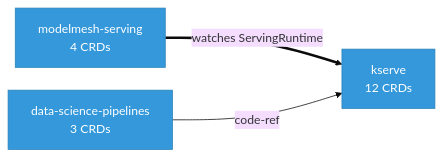
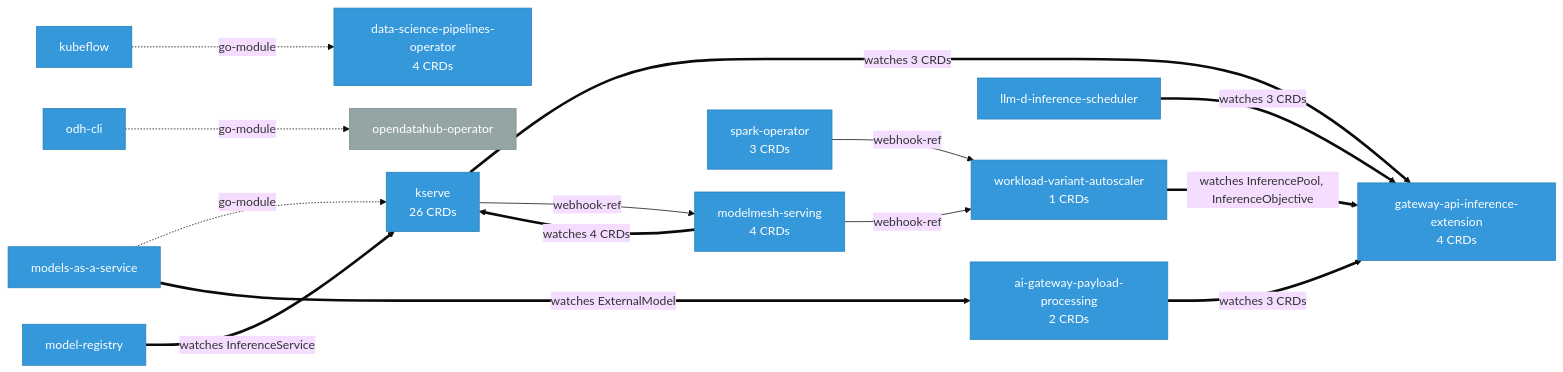
Before and after one commit to ugiordan/rhoai-architecture-analyzer: the diagram in site/docs/use-cases/rhoai-platform/index.md, drawn with Mermaid. The commit also changed other lines of this file and 402 other files, not shown here.

````diff
--- a/site/docs/use-cases/rhoai-platform/index.md
+++ b/site/docs/use-cases/rhoai-platform/index.md
@@ -22,13 +22,34 @@
 ```mermaid
 %%{init: {'theme': 'base', 'flowchart': {'nodeSpacing': 30, 'rankSpacing': 50}}}%%
 graph LR
     classDef internal fill:#3498db,stroke:#2980b9,color:#fff
     classDef external fill:#95a5a6,stroke:#7f8c8d,color:#fff
 
-    data_science_pipelines["data-science-pipelines\n3 CRDs"]:::internal
-    kserve["kserve\n12 CRDs"]:::internal
+    ai_gateway_payload_processing["ai-gateway-payload-processing\n2 CRDs"]:::internal
+    data_science_pipelines_operator["data-science-pipelines-operator\n4 CRDs"]:::internal
+    gateway_api_inference_extension["gateway-api-inference-extension\n4 CRDs"]:::internal
+    kserve["kserve\n26 CRDs"]:::internal
+    kubeflow["kubeflow"]:::internal
+    llm_d_inference_scheduler["llm-d-inference-scheduler"]:::internal
+    model_registry["model-registry"]:::internal
     modelmesh_serving["modelmesh-serving\n4 CRDs"]:::internal
+    models_as_a_service["models-as-a-service"]:::internal
+    odh_cli["odh-cli"]:::internal
+    opendatahub_operator["opendatahub-operator"]:::external
+    spark_operator["spark-operator\n3 CRDs"]:::internal
+    workload_variant_autoscaler["workload-variant-autoscaler\n1 CRDs"]:::internal
 
-    modelmesh_serving ==>|"watches ServingRuntime"| kserve
-    data_science_pipelines -->|"code-ref"| kserve
+    ai_gateway_payload_processing ==>|"watches 3 CRDs"| gateway_api_inference_extension
+    kserve ==>|"watches 3 CRDs"| gateway_api_inference_extension
+    kubeflow -.->|"go-module"| data_science_pipelines_operator
+    llm_d_inference_scheduler ==>|"watches 3 CRDs"| gateway_api_inference_extension
+    model_registry ==>|"watches InferenceService"| kserve
+    modelmesh_serving ==>|"watches 4 CRDs"| kserve
+    models_as_a_service -.->|"go-module"| kserve
+    models_as_a_service ==>|"watches ExternalModel"| ai_gateway_payload_processing
+    odh_cli -.->|"go-module"| opendatahub_operator
+    workload_variant_autoscaler ==>|"watches InferencePool, InferenceObjective"| gateway_api_inference_extension
+    kserve -->|"webhook-ref"| modelmesh_serving
+    modelmesh_serving -->|"webhook-ref"| workload_variant_autoscaler
+    spark_operator -->|"webhook-ref"| workload_variant_autoscaler
 ```
````
